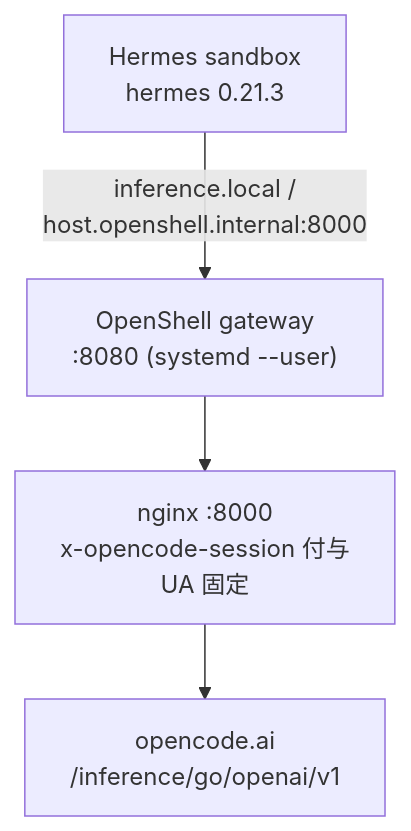
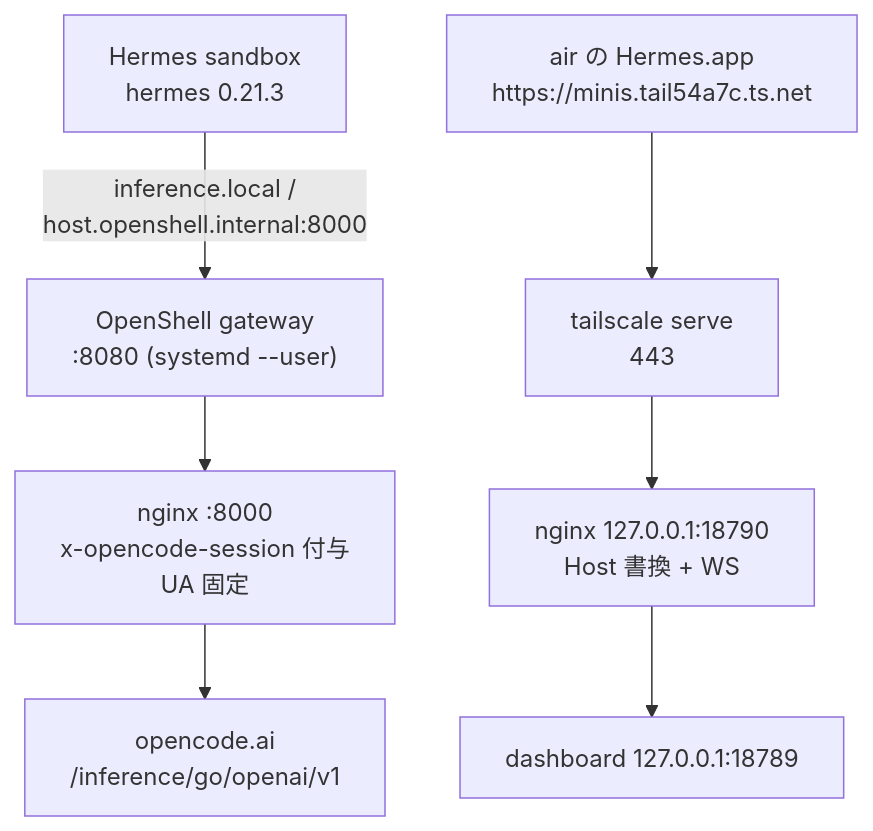
The diagram in docs/nemohermes.md (halby24/server-minis), drawn with Mermaid before and after one commit. The commit also changed other lines of this file and 1 other file, not shown here.

First line of the commit message:
minis: NemoHermes dashboard を tailnet に公開 (Tailscale Serve + nginx)

````diff
--- a/docs/nemohermes.md
+++ b/docs/nemohermes.md
@@ -17,6 +17,9 @@
 ```mermaid
 flowchart TD
     H["Hermes sandbox<br/>hermes 0.21.3"] -->|"inference.local /<br/>host.openshell.internal:8000"| G["OpenShell gateway<br/>:8080 (systemd --user)"]
     G --> P["nginx :8000<br/>x-opencode-session 付与<br/>UA 固定"]
     P --> O["opencode.ai<br/>/inference/go/openai/v1"]
+    C["air の Hermes.app<br/>https://minis.tail54a7c.ts.net"] --> T["tailscale serve<br/>443"]
+    T --> N["nginx 127.0.0.1:18790<br/>Host 書換 + WS"]
+    N --> D["dashboard 127.0.0.1:18789"]
 ```
````
